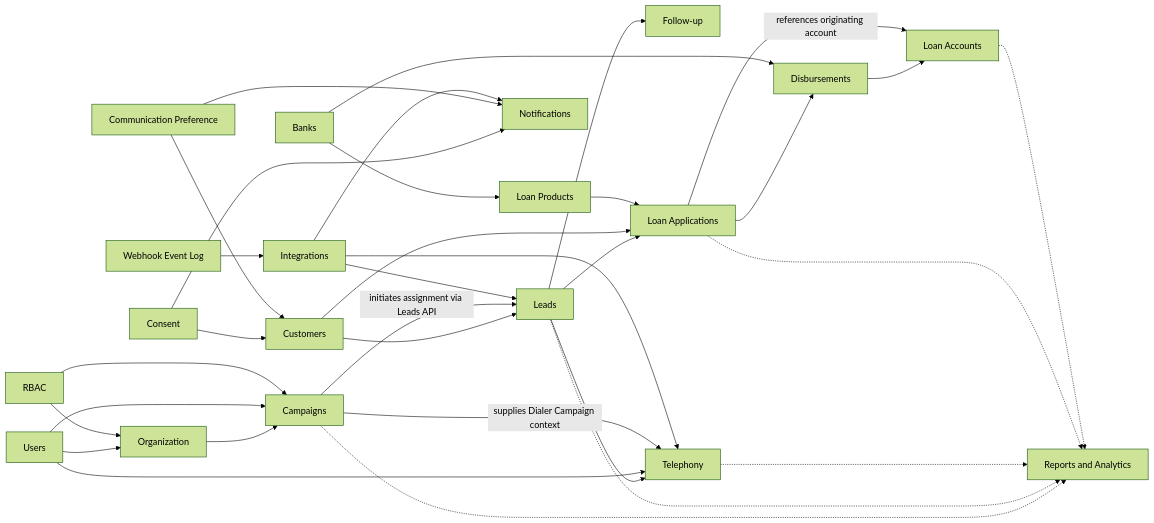
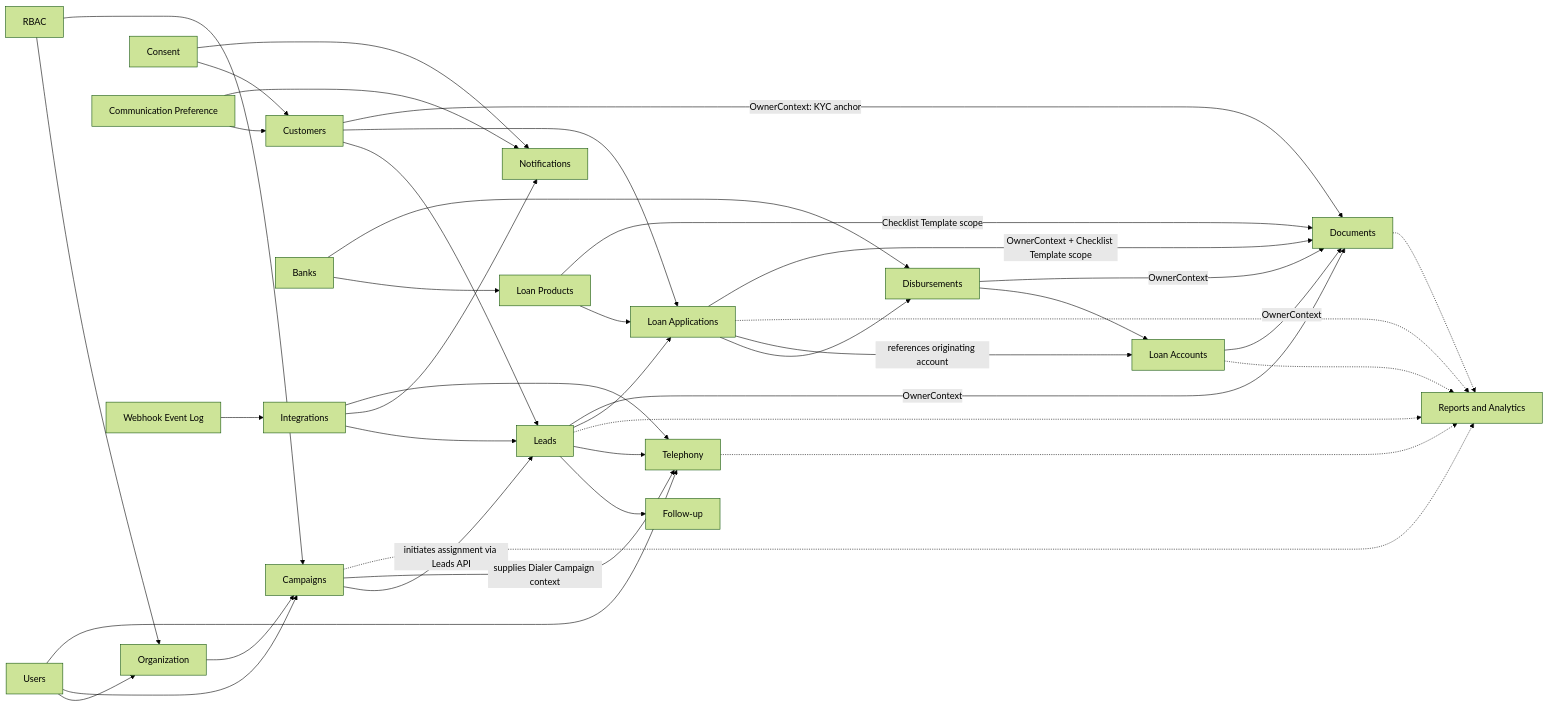
Before and after one commit to Mudraxcapital/mudrax-crm: the diagram in docs/domain/domain-model.md, drawn with Mermaid (forest theme). The commit also changed other lines of this file and 3 other files, not shown here.

Commit message:
feat: complete document management architecture

````diff
--- a/docs/domain/domain-model.md
+++ b/docs/domain/domain-model.md
@@ -547,35 +718,43 @@
 ```mermaid
 flowchart LR
   Users[Users] --> Organization[Organization]
   Rbac[RBAC] --> Organization
   Organization --> Campaigns[Campaigns]
   Users --> Campaigns
   Rbac --> Campaigns
   Customers[Customers] --> Leads[Leads]
   Campaigns -- initiates assignment via Leads API --> Leads
   Leads --> FollowUp[Follow-up]
   Leads --> Telephony[Telephony]
   Users --> Telephony
   Campaigns -- supplies Dialer Campaign context --> Telephony
   Campaigns -.-> Reports[Reports and Analytics]
   Leads -.-> Reports
   Telephony -.-> Reports
   Consent[Consent] --> Customers
   CommPreference[Communication Preference] --> Customers
   Consent --> Notifications[Notifications]
   CommPreference --> Notifications
   WebhookLog[Webhook Event Log] --> Integrations[Integrations]
   Integrations --> Leads
   Integrations --> Notifications
   Integrations --> Telephony
   Leads --> LoanApplications[Loan Applications]
   Customers --> LoanApplications
   Banks[Banks] --> LoanProducts[Loan Products]
   LoanProducts --> LoanApplications
   LoanApplications --> Disbursements[Disbursements]
   Banks --> Disbursements
   Disbursements --> LoanAccounts[Loan Accounts]
   LoanApplications -- references originating account --> LoanAccounts
   LoanApplications -.-> Reports
   LoanAccounts -.-> Reports
+  Documents[Documents]
+  Customers -- OwnerContext: KYC anchor --> Documents
+  Leads -- OwnerContext --> Documents
+  LoanApplications -- OwnerContext + Checklist Template scope --> Documents
+  LoanAccounts -- OwnerContext --> Documents
+  Disbursements -- OwnerContext --> Documents
+  LoanProducts -- Checklist Template scope --> Documents
+  Documents -.-> Reports
 ```
````
